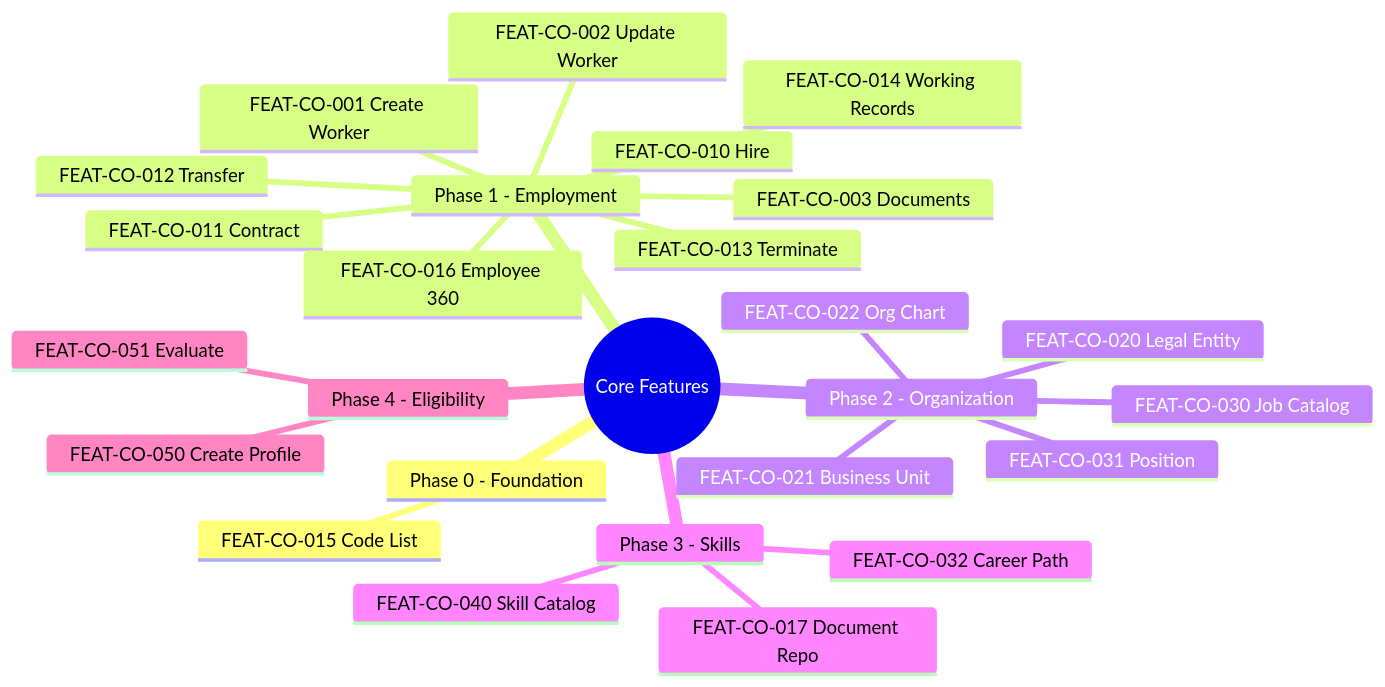
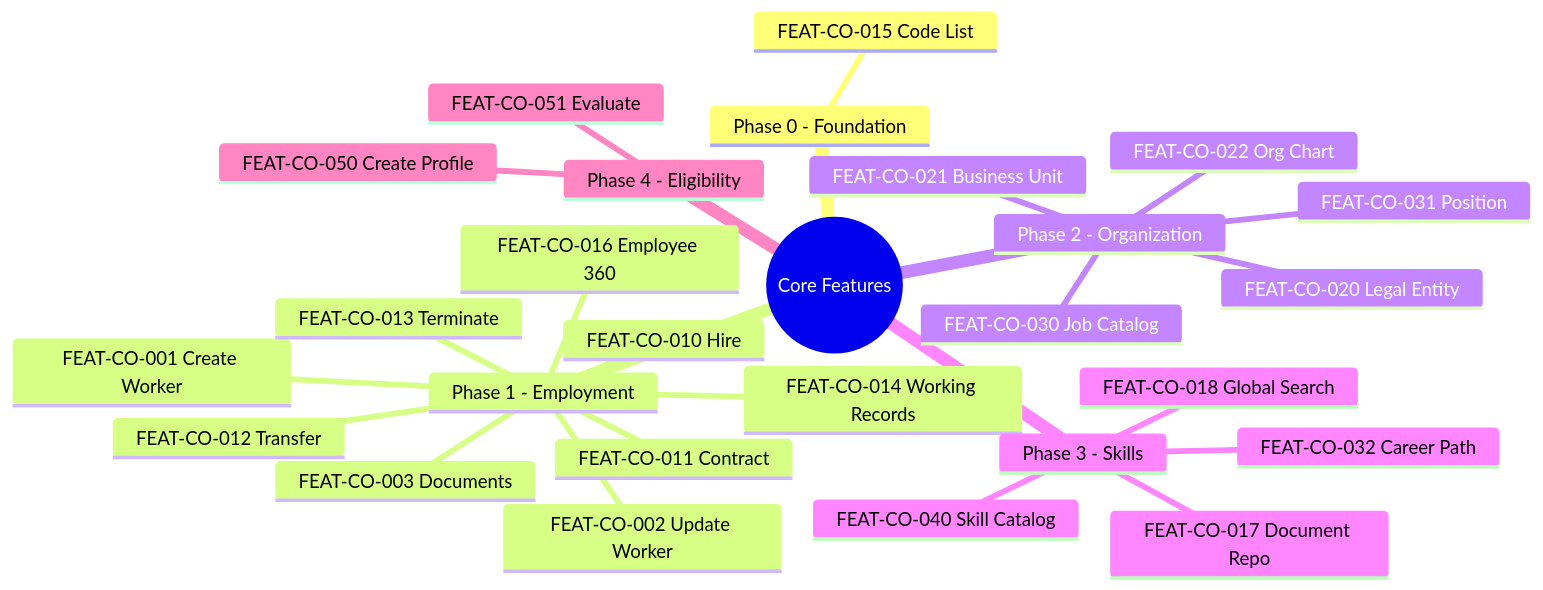
The first of 2 diagrams in docs/01-modules/CO/02-spec/03-features/_index.md (a4b-corporation/xTalent), drawn with Mermaid before and after one commit. The commit also changed other lines of this file and 1 other file, not shown here.

````diff
--- a/docs/01-modules/CO/02-spec/03-features/_index.md
+++ b/docs/01-modules/CO/02-spec/03-features/_index.md
@@ -306,29 +318,30 @@
 ```mermaid
 mindmap
   root((Core Features))
     Phase 0 - Foundation
       FEAT-CO-015 Code List
     Phase 1 - Employment
       FEAT-CO-001 Create Worker
       FEAT-CO-002 Update Worker
       FEAT-CO-003 Documents
       FEAT-CO-010 Hire
       FEAT-CO-011 Contract
       FEAT-CO-012 Transfer
       FEAT-CO-013 Terminate
       FEAT-CO-014 Working Records
       FEAT-CO-016 Employee 360
     Phase 2 - Organization
       FEAT-CO-020 Legal Entity
       FEAT-CO-021 Business Unit
       FEAT-CO-022 Org Chart
       FEAT-CO-030 Job Catalog
       FEAT-CO-031 Position
     Phase 3 - Skills
       FEAT-CO-032 Career Path
       FEAT-CO-040 Skill Catalog
       FEAT-CO-017 Document Repo
+      FEAT-CO-018 Global Search
     Phase 4 - Eligibility
       FEAT-CO-050 Create Profile
       FEAT-CO-051 Evaluate
 ```
````
